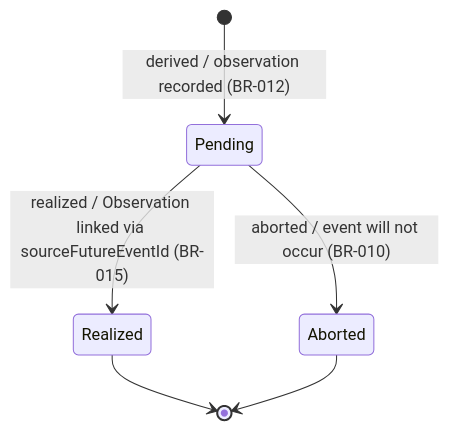
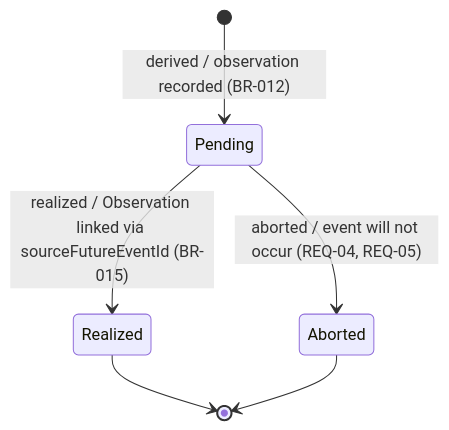
One commit to lyndametref/geep changed the diagram in docs/domain-model/object-model/predicted-event-state-diagram.md. Above: the diagram before and after it, drawn with Mermaid. The commit also changed other lines of this file and 13 other files, not shown here.

````diff
--- a/docs/domain-model/object-model/predicted-event-state-diagram.md
+++ b/docs/domain-model/object-model/predicted-event-state-diagram.md
@@ -23,8 +23,8 @@
 ```mermaid
 stateDiagram-v2
     [*] --> Pending : derived / observation recorded (BR-012)
     Pending --> Realized : realized / Observation linked via sourceFutureEventId (BR-015)
-    Pending --> Aborted : aborted / event will not occur (BR-010)
+    Pending --> Aborted : aborted / event will not occur (REQ-04, REQ-05)
     Realized --> [*]
     Aborted --> [*]
 ```
````
